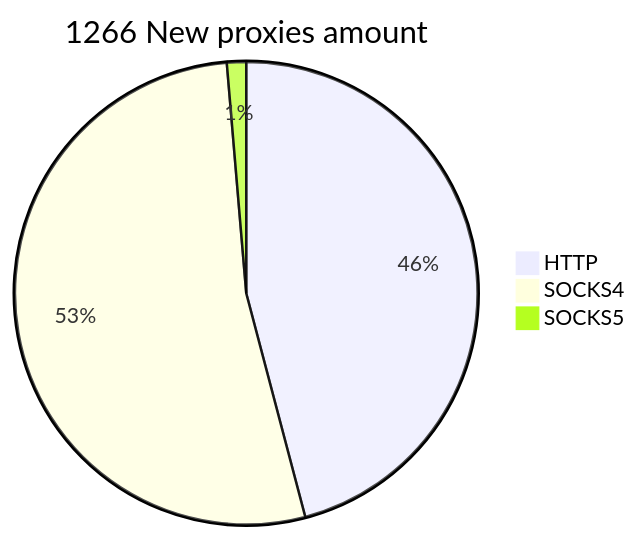
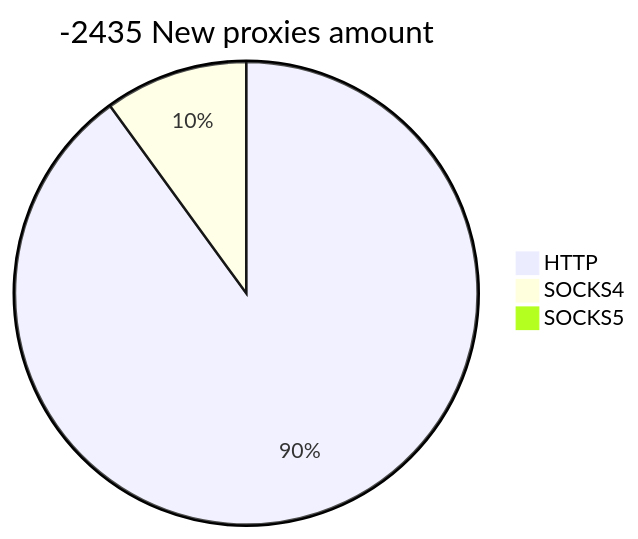
Before and after one commit to cutipu/proxylist: the second of 2 diagrams in README.md, drawn with Mermaid. The commit also changed other lines of this file, not shown here.

````diff
--- a/README.md
+++ b/README.md
@@ -10,6 +10,6 @@
 ```mermaid
-pie title 1266 New proxies amount
-    "HTTP" : 581
-    "SOCKS4" : 668
-    "SOCKS5" : 17
+pie title -2435 New proxies amount
+    "HTTP" : 27
+    "SOCKS4" : 3
+    "SOCKS5" : 0
 ```
````
